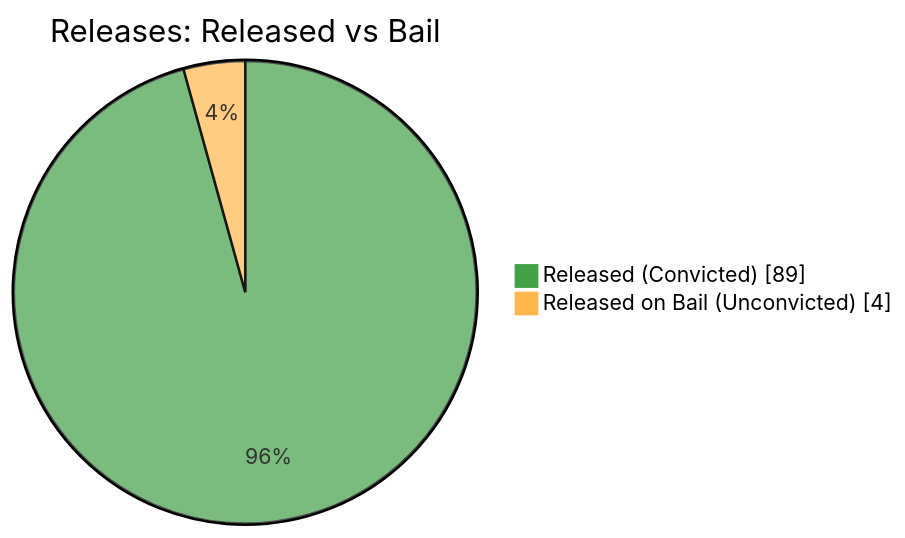
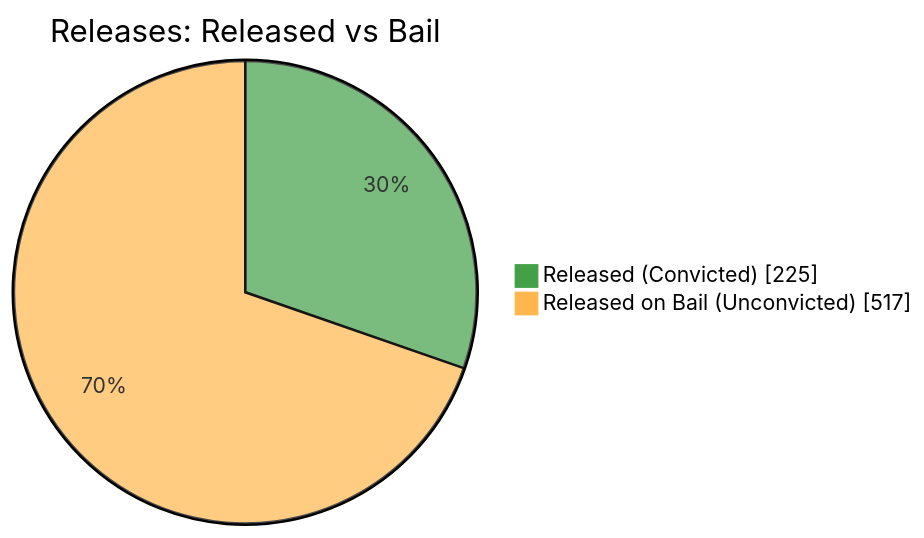
One commit to nuuuwan/lk_prisons changed the fifth of 7 diagrams in README.md. Above: the diagram before and after it, drawn with Mermaid. The commit also changed other lines of this file and 1 other file, not shown here.

````diff
--- a/README.md
+++ b/README.md
@@ -87,6 +87,6 @@
 ```mermaid
 %%{init: {'themeVariables': {'pie1': '#43A047', 'pie2': '#FFB74D'}}}%%
 pie showData title Releases: Released vs Bail
-    "Released (Convicted)" : 89
-    "Released on Bail (Unconvicted)" : 4
+    "Released (Convicted)" : 225
+    "Released on Bail (Unconvicted)" : 517
 ```
````
